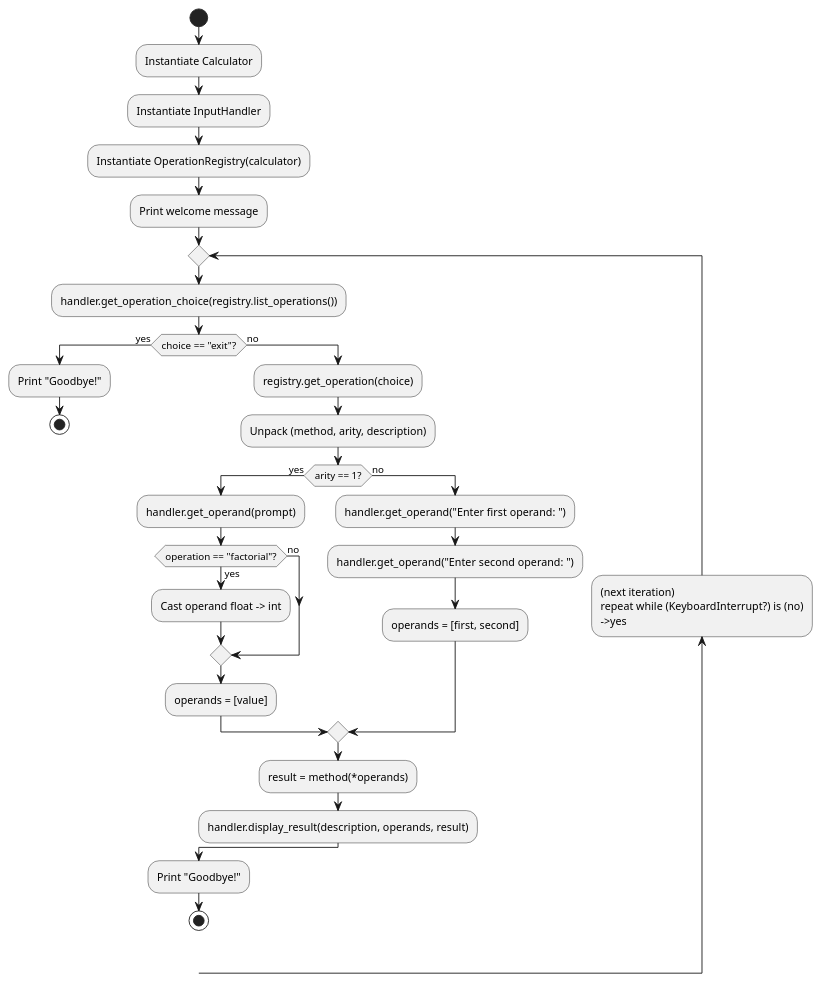
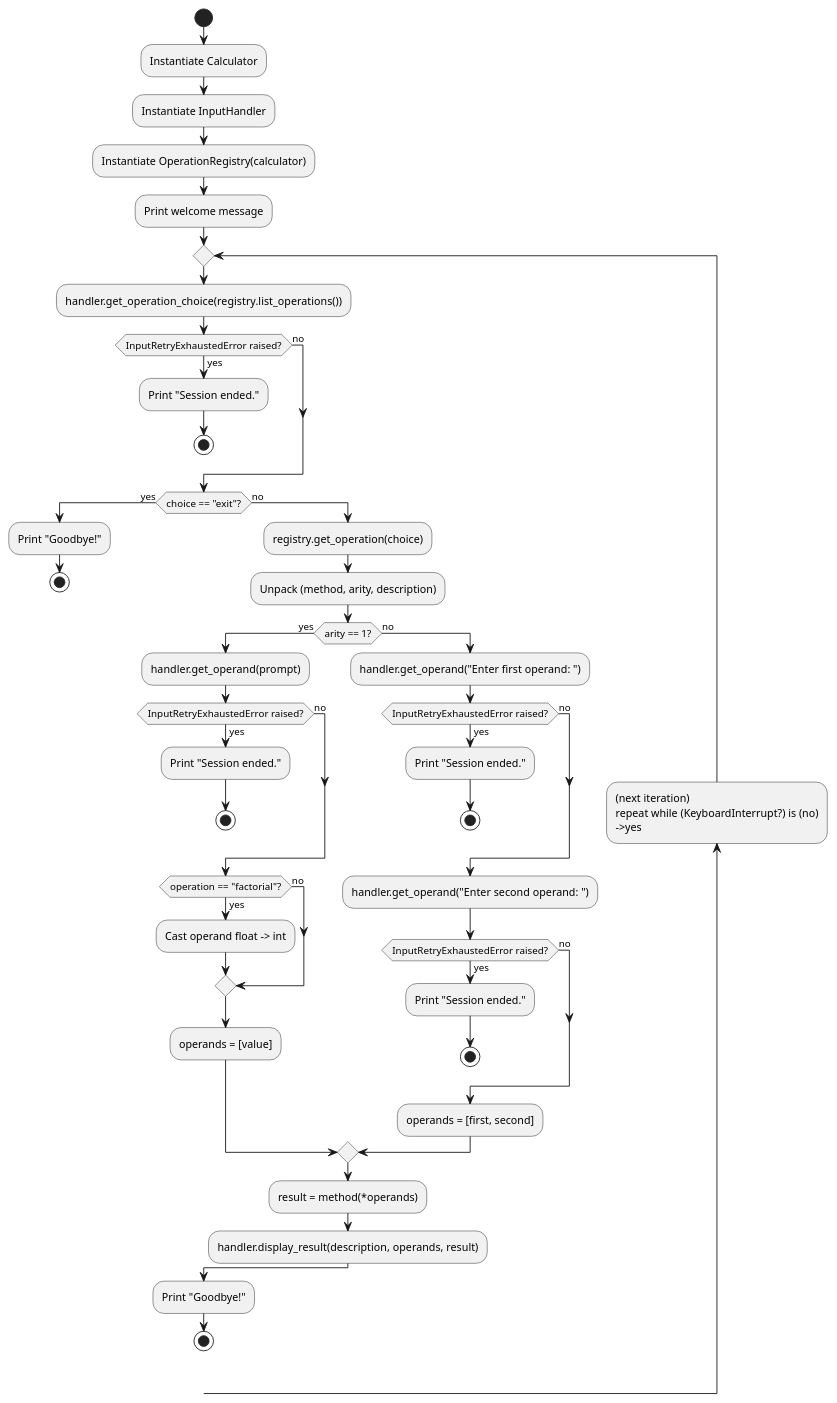
Before and after one commit to DanielRiha8906/Calculator_bachelor_autoevolution_team: the diagram in artifacts/activity_diagram_interactive_loop.puml, drawn with PlantUML. The commit also changed 3 other files, not shown here.

Commit message:
docs: update diagrams for input validation and retry logic (#255)

```diff
--- a/artifacts/activity_diagram_interactive_loop.puml
+++ b/artifacts/activity_diagram_interactive_loop.puml
@@ -1,45 +1,66 @@
 @startuml activity_diagram_interactive_loop
 
 start
 
 :Instantiate Calculator;
 :Instantiate InputHandler;
 :Instantiate OperationRegistry(calculator);
 :Print welcome message;
 
 repeat
     :handler.get_operation_choice(registry.list_operations());
 
+    if (InputRetryExhaustedError raised?) then (yes)
+        :Print "Session ended.";
+        stop
+    else (no)
+    endif
+
     if (choice == "exit"?) then (yes)
         :Print "Goodbye!";
         stop
     else (no)
         :registry.get_operation(choice);
         :Unpack (method, arity, description);
 
         if (arity == 1?) then (yes)
             :handler.get_operand(prompt);
+            if (InputRetryExhaustedError raised?) then (yes)
+                :Print "Session ended.";
+                stop
+            else (no)
+            endif
             if (operation == "factorial"?) then (yes)
                 :Cast operand float -> int;
             else (no)
             endif
             :operands = [value];
         else (no)
             :handler.get_operand("Enter first operand: ");
+            if (InputRetryExhaustedError raised?) then (yes)
+                :Print "Session ended.";
+                stop
+            else (no)
+            endif
             :handler.get_operand("Enter second operand: ");
+            if (InputRetryExhaustedError raised?) then (yes)
+                :Print "Session ended.";
+                stop
+            else (no)
+            endif
             :operands = [first, second];
         endif
 
         :result = method(*operands);
         :handler.display_result(description, operands, result);
     endif
 
 backward: (next iteration)
 repeat while (KeyboardInterrupt?) is (no)
 ->yes;
 
 :Print "Goodbye!";
 
 stop
 
 @enduml
```
